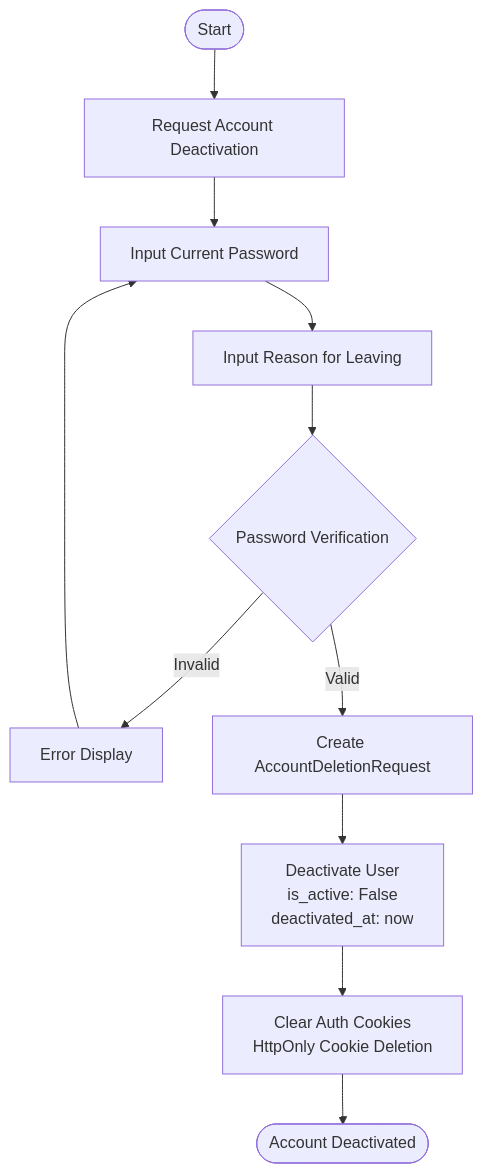
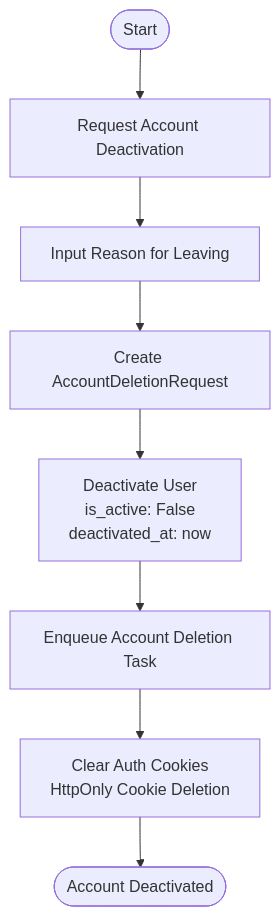
One commit to yukiharada1228/videoq changed the eighth of 10 diagrams in docs/architecture/bpmn.md. Above: the diagram before and after it, drawn with Mermaid. The commit also changed other lines of this file and 9 other files, not shown here.

Commit message:
docs: sync diagrams with current implementation

````diff
--- a/docs/architecture/bpmn.md
+++ b/docs/architecture/bpmn.md
@@ -269,13 +269,10 @@
 ```mermaid
 flowchart TD
     Start([Start]) --> RequestDelete[Request Account Deactivation]
-    RequestDelete --> InputPassword[Input Current Password]
-    InputPassword --> InputReason[Input Reason for Leaving]
-    InputReason --> Validate{Password Verification}
-    Validate -->|Invalid| ShowError[Error Display]
-    ShowError --> InputPassword
-    Validate -->|Valid| CreateRequest[Create AccountDeletionRequest]
+    RequestDelete --> InputReason[Input Reason for Leaving]
+    InputReason --> CreateRequest[Create AccountDeletionRequest]
     CreateRequest --> DeactivateUser[Deactivate User<br/>is_active: False<br/>deactivated_at: now]
-    DeactivateUser --> ClearCookies[Clear Auth Cookies<br/>HttpOnly Cookie Deletion]
+    DeactivateUser --> EnqueueTask[Enqueue Account Deletion Task]
+    EnqueueTask --> ClearCookies[Clear Auth Cookies<br/>HttpOnly Cookie Deletion]
     ClearCookies --> Complete([Account Deactivated])
 ```
````
